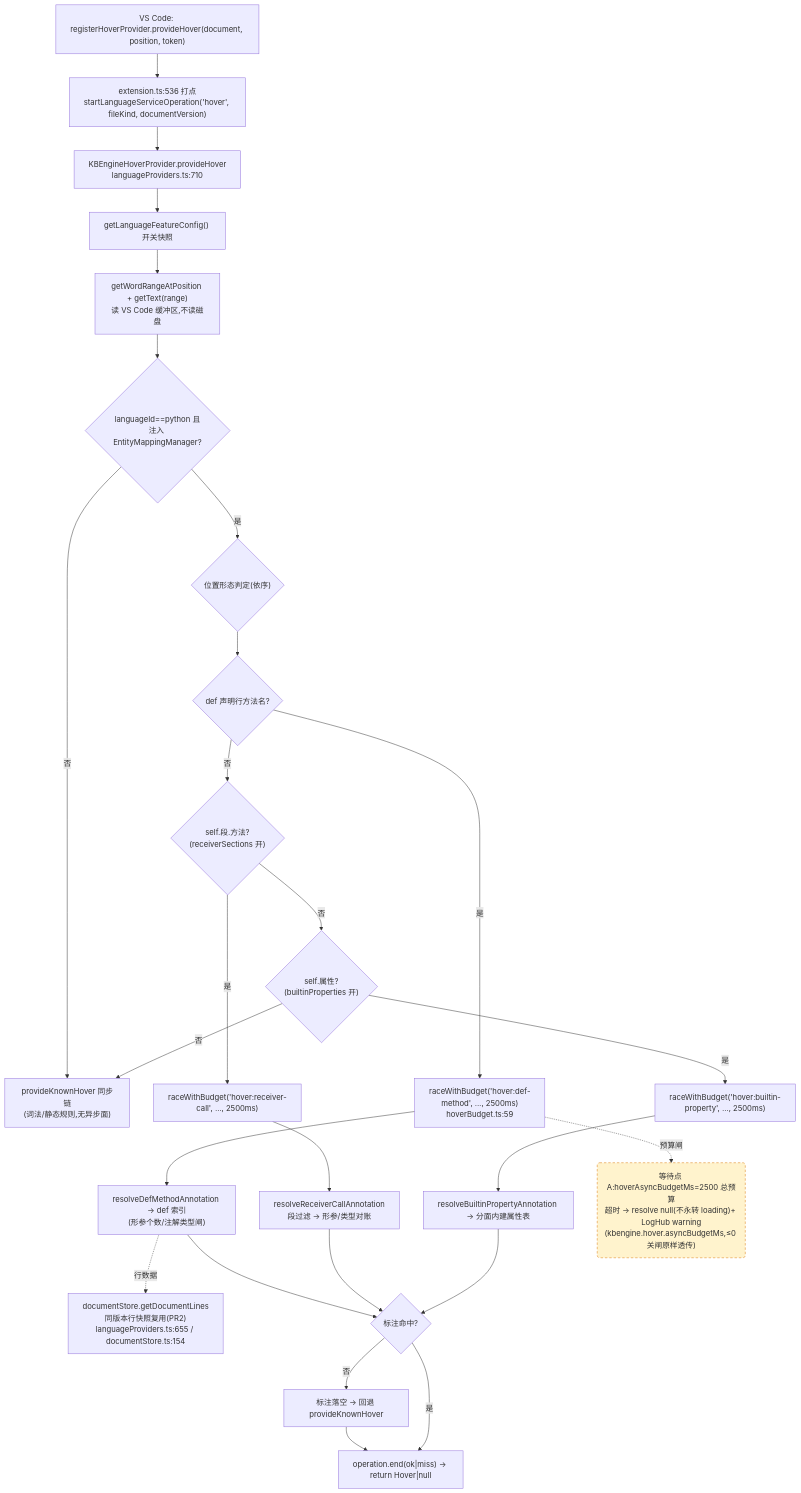
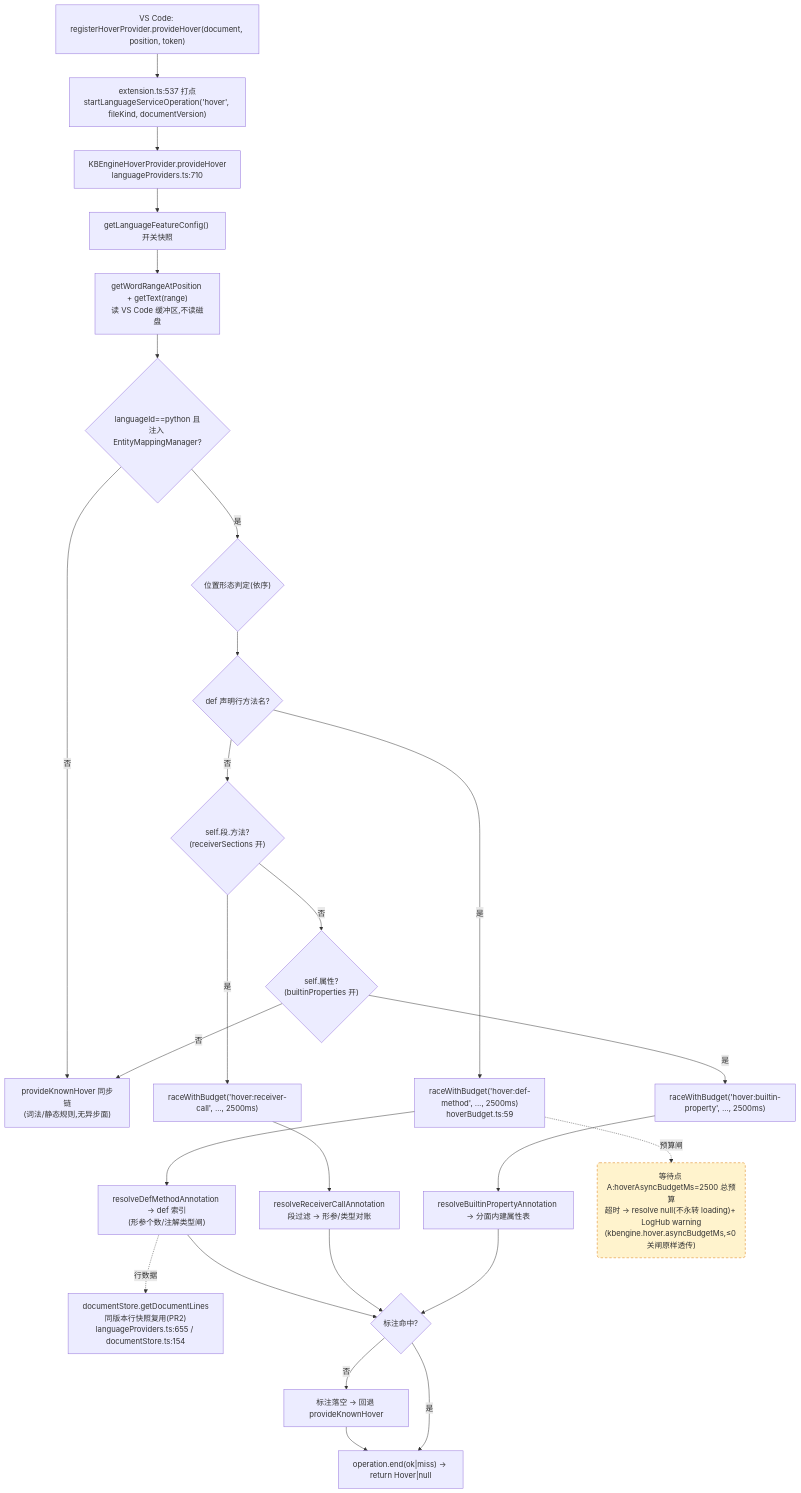
The first of 4 diagrams in docs/perf/2026-baseline.md (cuihairu/kode), drawn with Mermaid before and after one commit. The commit also changed other lines of this file and 6 other files, not shown here.

````diff
--- a/docs/perf/2026-baseline.md
+++ b/docs/perf/2026-baseline.md
@@ -82,45 +82,45 @@
 ```mermaid
 flowchart TD
   VC1["VS Code: registerHoverProvider.provideHover(document, position, token)"]
-  M1["extension.ts:536 打点<br/>startLanguageServiceOperation('hover', fileKind, documentVersion)"]
+  M1["extension.ts:537 打点<br/>startLanguageServiceOperation('hover', fileKind, documentVersion)"]
   HP["KBEngineHoverProvider.provideHover<br/>languageProviders.ts:710"]
   CFG["getLanguageFeatureConfig() 开关快照"]
   WORD["getWordRangeAtPosition + getText(range)<br/>读 VS Code 缓冲区,不读磁盘"]
   BR{"languageId==python 且<br/>注入 EntityMappingManager?"}
   KN["provideKnownHover 同步链<br/>(词法/静态规则,无异步面)"]
   POS{"位置形态判定(依序)"}
   D1{"def 声明行方法名?"}
   D2{"self.段.方法?<br/>(receiverSections 开)"}
   D3{"self.属性?<br/>(builtinProperties 开)"}
   RA1["raceWithBudget('hover:def-method', …, 2500ms)<br/>hoverBudget.ts:59"]
   RA2["raceWithBudget('hover:receiver-call', …, 2500ms)"]
   RA3["raceWithBudget('hover:builtin-property', …, 2500ms)"]
   RS1["resolveDefMethodAnnotation → def 索引<br/>(形参个数/注解类型闸)"]
   RS2["resolveReceiverCallAnnotation<br/>段过滤 → 形参/类型对账"]
   RS3["resolveBuiltinPropertyAnnotation → 分面内建属性表"]
   LINES["documentStore.getDocumentLines<br/>同版本行快照复用(PR2)<br/>languageProviders.ts:655 / documentStore.ts:154"]
   MISS["标注落空 → 回退 provideKnownHover"]
   END1["operation.end(ok|miss) → return Hover|null"]
 
   VC1 --> M1 --> HP --> CFG --> WORD --> BR
   BR -- "否" --> KN
   BR -- "是" --> POS --> D1
   D1 -- "是" --> RA1 --> RS1
   D1 -- "否" --> D2
   D2 -- "是" --> RA2 --> RS2
   D2 -- "否" --> D3
   D3 -- "是" --> RA3 --> RS3
   D3 -- "否" --> KN
   RS1 --> HIT{"标注命中?"}
   RS2 --> HIT
   RS3 --> HIT
   RS1 -.->|行数据| LINES
   HIT -- "否" --> MISS --> END1
   HIT -- "是" --> END1
 
   WAITA("等待点 A:hoverAsyncBudgetMs=2500 总预算<br/>超时 → resolve null(不永转 loading)+ LogHub warning<br/>(kbengine.hover.asyncBudgetMs,≤0 关闸原样透传)")
   RA1 -.->|预算闸| WAITA
 
   classDef waitPoint fill:#fff3cd,stroke:#d97706,stroke-dasharray:5 4;
   class WAITA waitPoint;
 ```
````
